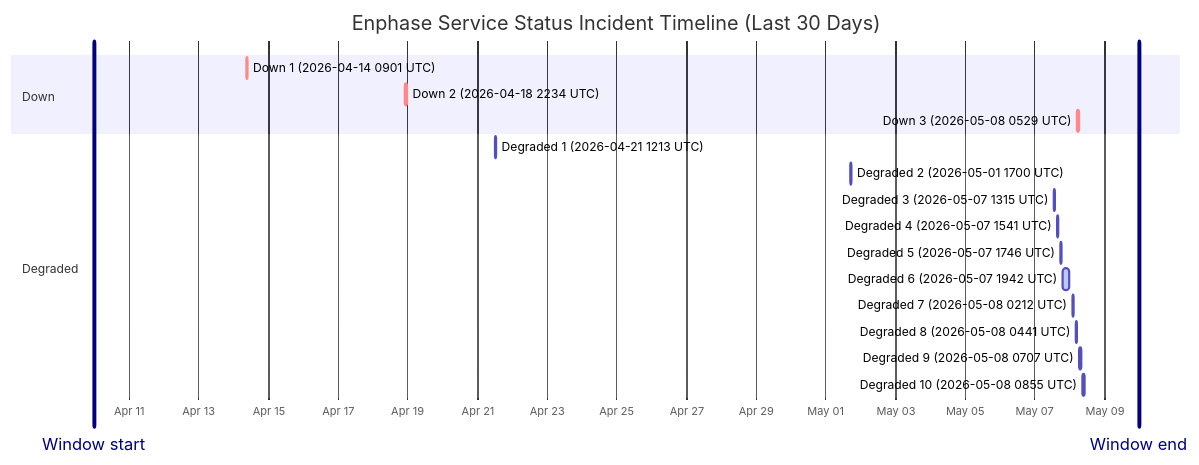
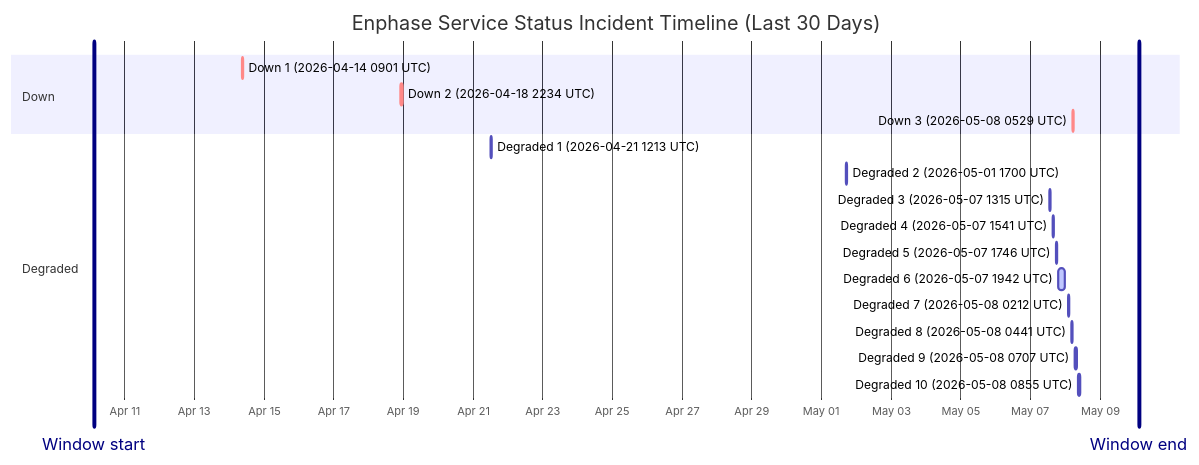
Before and after one commit to barneyonline/ha-enphase-ev-charger: the diagram in wiki/Service-Status-History.md, drawn with Mermaid. The commit also changed other lines of this file and 3 other files, not shown here.

````diff
--- a/wiki/Service-Status-History.md
+++ b/wiki/Service-Status-History.md
@@ -14,23 +14,23 @@
 ```mermaid
 gantt
     title Enphase Service Status Incident Timeline (Last 30 Days)
     dateFormat  YYYY-MM-DDTHH:mm:ss
     axisFormat  %b %d
-    Window start :vert, window-start, 2026-04-09T23:47:50, 0ms
-    Window end :vert, window-end, 2026-05-09T23:47:50, 0ms
+    Window start :vert, window-start, 2026-04-10T02:51:04, 0ms
+    Window end :vert, window-end, 2026-05-10T02:51:04, 0ms
     section Down
     Down 1 (2026-04-14 0901 UTC) :crit, down-1, 2026-04-14T09:01:13, 60m
     Down 2 (2026-04-18 2234 UTC) :crit, down-2, 2026-04-18T22:34:13, 60m
     Down 3 (2026-05-08 0529 UTC) :crit, down-3, 2026-05-08T05:29:47, 60m
     section Degraded
     Degraded 1 (2026-04-21 1213 UTC) :active, degraded-1, 2026-04-21T12:13:11, 60m
     Degraded 2 (2026-05-01 1700 UTC) :active, degraded-2, 2026-05-01T17:00:22, 60m
     Degraded 3 (2026-05-07 1315 UTC) :active, degraded-3, 2026-05-07T13:15:25, 60m
     Degraded 4 (2026-05-07 1541 UTC) :active, degraded-4, 2026-05-07T15:41:58, 60m
     Degraded 5 (2026-05-07 1746 UTC) :active, degraded-5, 2026-05-07T17:46:51, 60m
     Degraded 6 (2026-05-07 1942 UTC) :active, degraded-6, 2026-05-07T19:42:10, 249m
     Degraded 7 (2026-05-08 0212 UTC) :active, degraded-7, 2026-05-08T02:12:39, 60m
     Degraded 8 (2026-05-08 0441 UTC) :active, degraded-8, 2026-05-08T04:41:46, 60m
     Degraded 9 (2026-05-08 0707 UTC) :active, degraded-9, 2026-05-08T07:07:30, 60m
     Degraded 10 (2026-05-08 0855 UTC) :active, degraded-10, 2026-05-08T08:55:20, 88m
 ```
````
